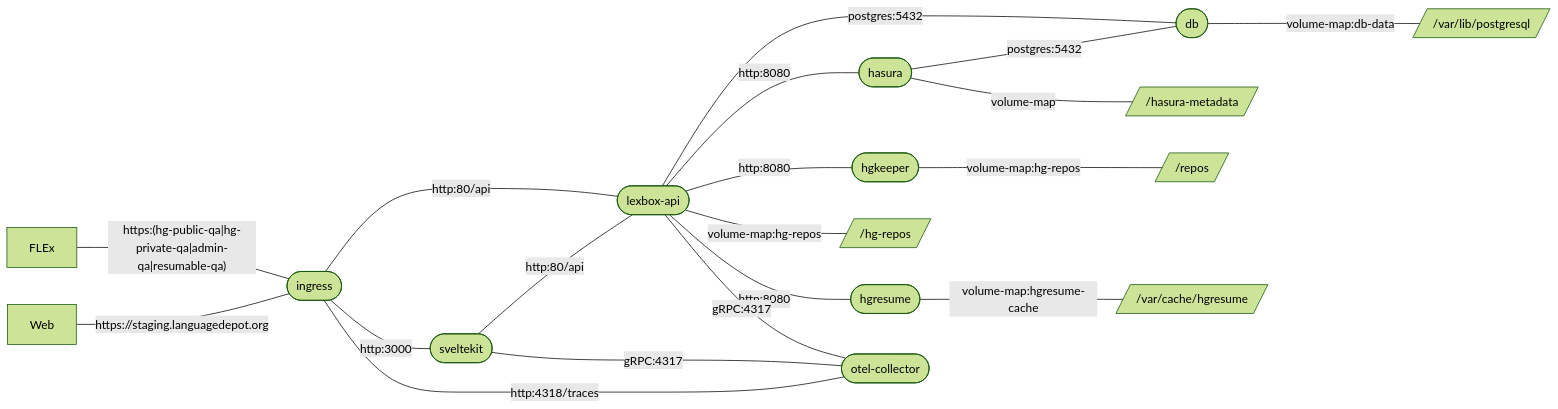
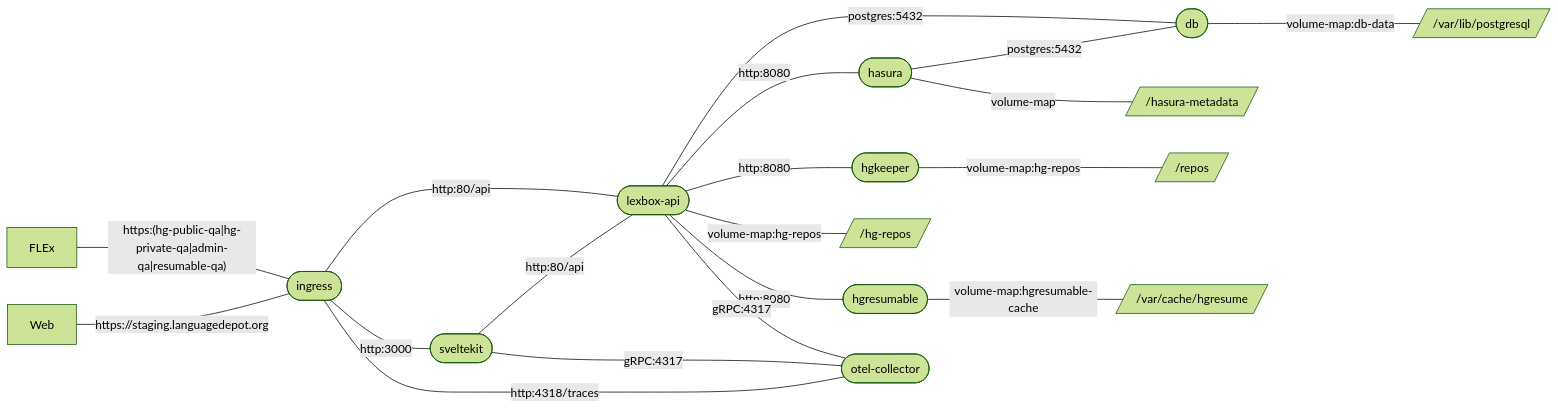
One commit to sillsdev/languageforge-lexbox changed the third of 3 diagrams in README.md. Above: the diagram before and after it, drawn with Mermaid (forest theme). The commit also changed other lines of this file and 3 other files, not shown here.

First line of the commit message:
Change hgresume container name to hgresumable

````diff
--- a/README.md
+++ b/README.md
@@ -158,30 +162,30 @@
 ```mermaid
 
 flowchart LR
     FLEx -- "https:(hg-public-qa|hg-private-qa|admin-qa|resumable-qa)" --- proxy
     Web -- https://staging.languagedepot.org --- proxy([ingress])
 
     proxy -- http:80/api --- api([lexbox-api])
     proxy -- http:3000 --- node([sveltekit])
 
     api -- postgres:5432 --- db([db])
     db -- volume-map:db-data --- data[//var/lib/postgresql/]
 
     api -- http:8080 --- hasura([hasura])
     hasura -- postgres:5432 --- db
     hasura -- volume-map --- metadata[//hasura-metadata/]
 
     api -- http:8080 --- hgkeeper([hgkeeper])
     hgkeeper -- volume-map:hg-repos --- repos[//repos/]
     api -- volume-map:hg-repos --- hg-repos[//hg-repos/]
 
-    api -- http:8080 --- hgresume([hgresume])
-    hgresume -- volume-map:hgresume-cache --- cache[//var/cache/hgresume/]
+    api -- http:8080 --- hgresumable([hgresumable])
+    hgresumable -- volume-map:hgresumable-cache --- cache[//var/cache/hgresume/]
 
     node -- http:80/api --- api
 
     api -- gRPC:4317 --- otel-collector([otel-collector])
     proxy -- http:4318/traces --- otel-collector
     node -- gRPC:4317 --- otel-collector
 
 ```
````
